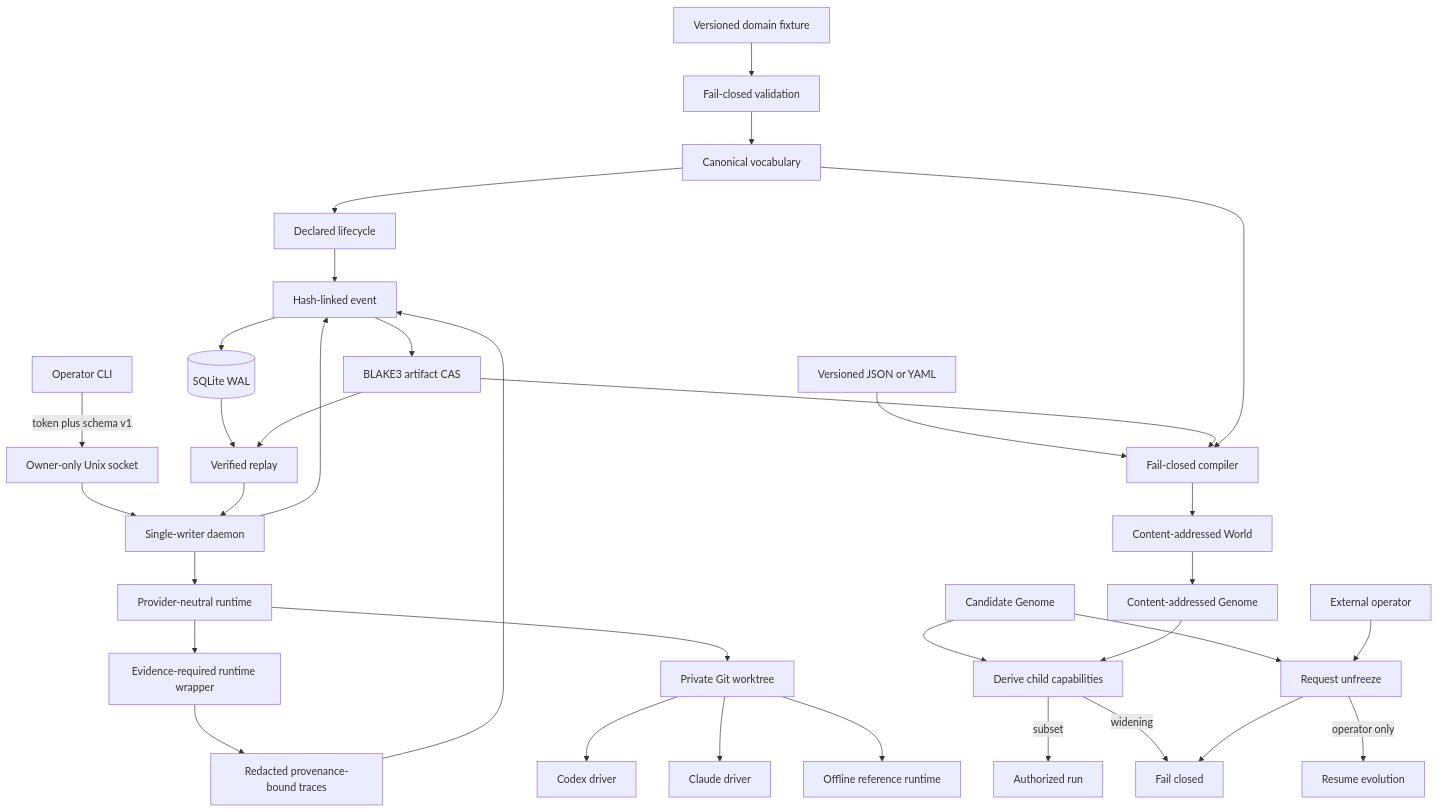
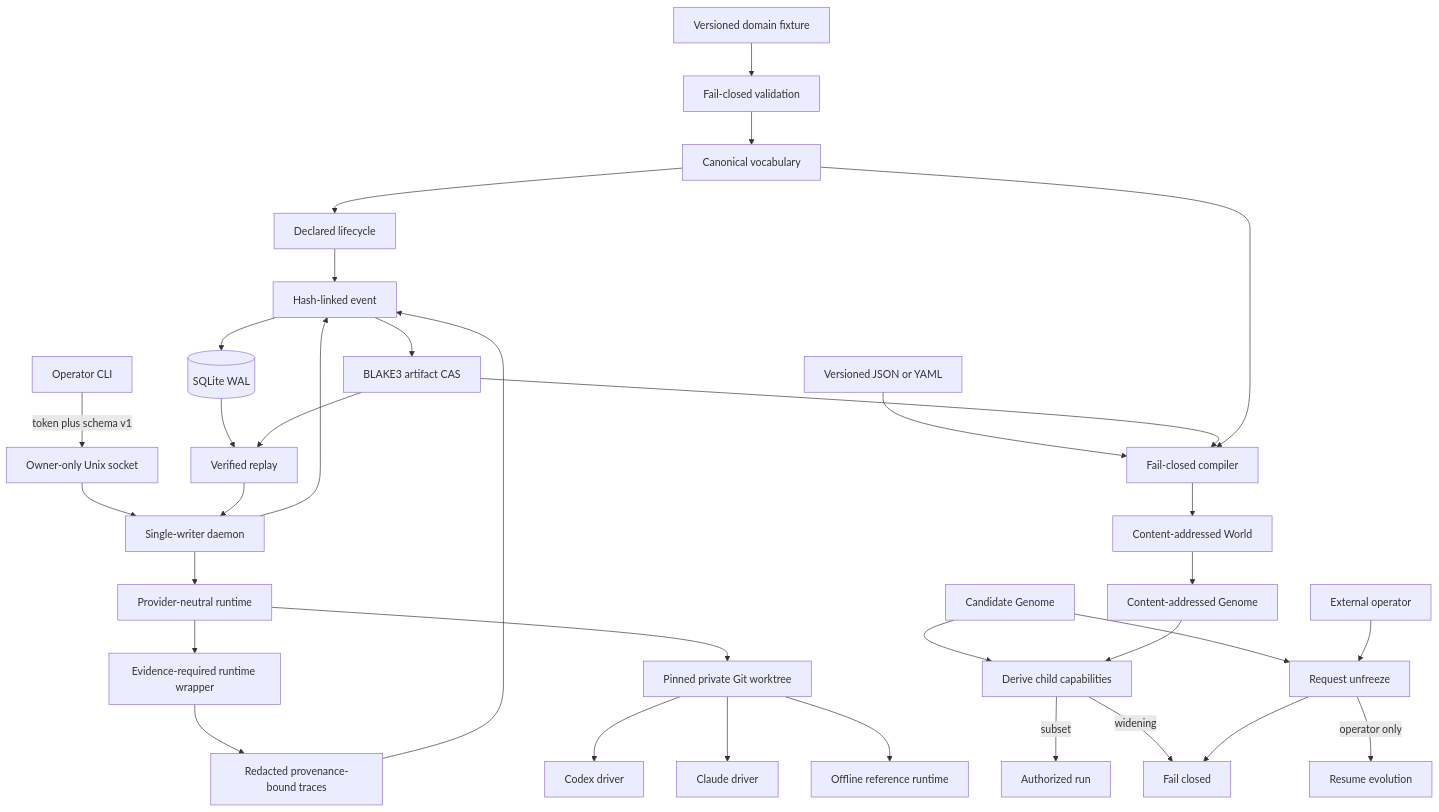
The diagram in docs/ARCHITECTURE.md (randyren278/Hephaestus), drawn with Mermaid before and after one commit. The commit also changed 18 other files, not shown here.

````diff
--- a/docs/ARCHITECTURE.md
+++ b/docs/ARCHITECTURE.md
@@ -5,36 +5,36 @@
 ```mermaid
 flowchart TD
     Candidate[Candidate Genome] --> Derive[Derive child capabilities]
     Derive -->|subset| Run[Authorized run]
     Derive -->|widening| Deny[Fail closed]
     Candidate --> Unfreeze[Request unfreeze]
     Unfreeze --> Deny
     Operator[External operator] --> Unfreeze
     Unfreeze -->|operator only| Resume[Resume evolution]
     Fixture[Versioned domain fixture] --> Validate[Fail-closed validation]
     Validate --> Vocabulary[Canonical vocabulary]
     Vocabulary --> Lifecycle[Declared lifecycle]
     Lifecycle --> Event[Hash-linked event]
     Event --> SQLite[(SQLite WAL)]
     Event --> CAS[BLAKE3 artifact CAS]
     SQLite --> Replay[Verified replay]
     CAS --> Replay
     Source[Versioned JSON or YAML] --> Compile[Fail-closed compiler]
     CAS --> Compile
     Vocabulary --> Compile
     Compile --> World[Content-addressed World]
     World --> Genome[Content-addressed Genome]
     Genome --> Derive
     CLI[Operator CLI] -->|token plus schema v1| Socket[Owner-only Unix socket]
     Socket --> Daemon[Single-writer daemon]
     Daemon --> Event
     Replay --> Daemon
     Daemon --> Runtime[Provider-neutral runtime]
     Runtime --> Recorded[Evidence-required runtime wrapper]
     Recorded --> Experience[Redacted provenance-bound traces]
     Experience --> Event
-    Runtime --> Sandbox[Private Git worktree]
+    Runtime --> Sandbox[Pinned private Git worktree]
     Sandbox --> Codex[Codex driver]
     Sandbox --> Claude[Claude driver]
     Sandbox --> Reference[Offline reference runtime]
 ```
````
